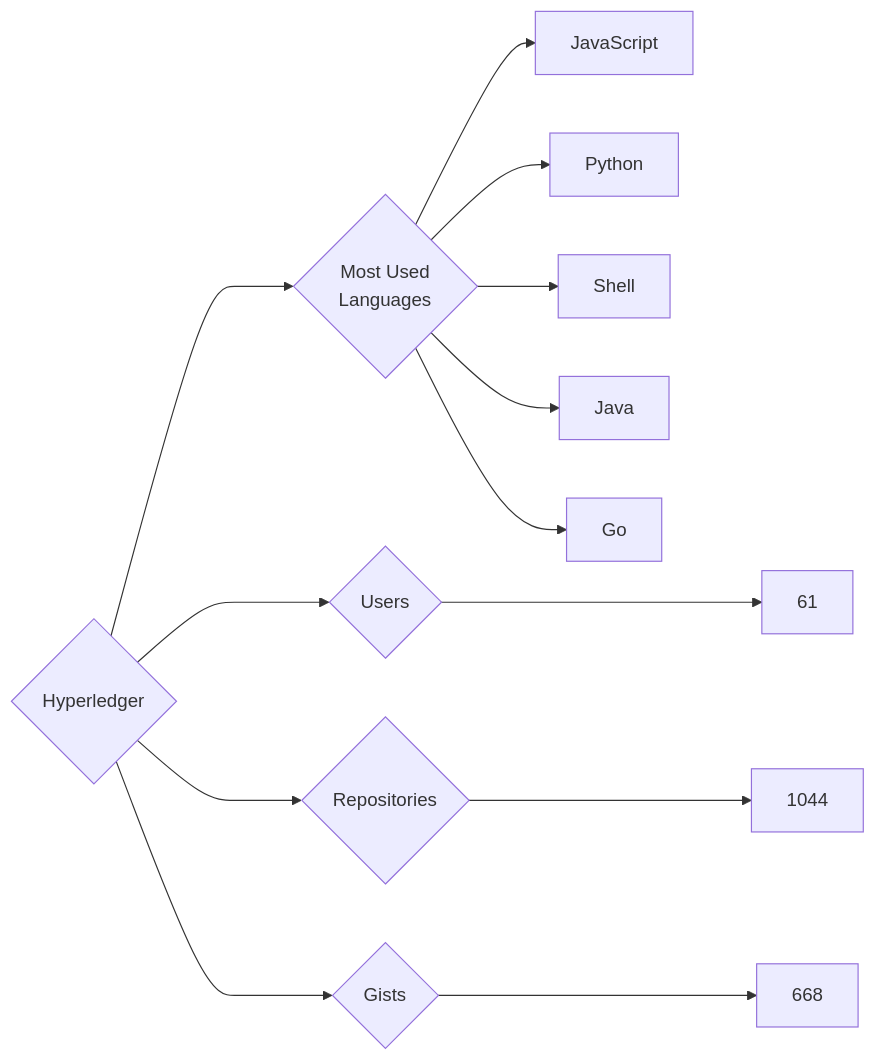
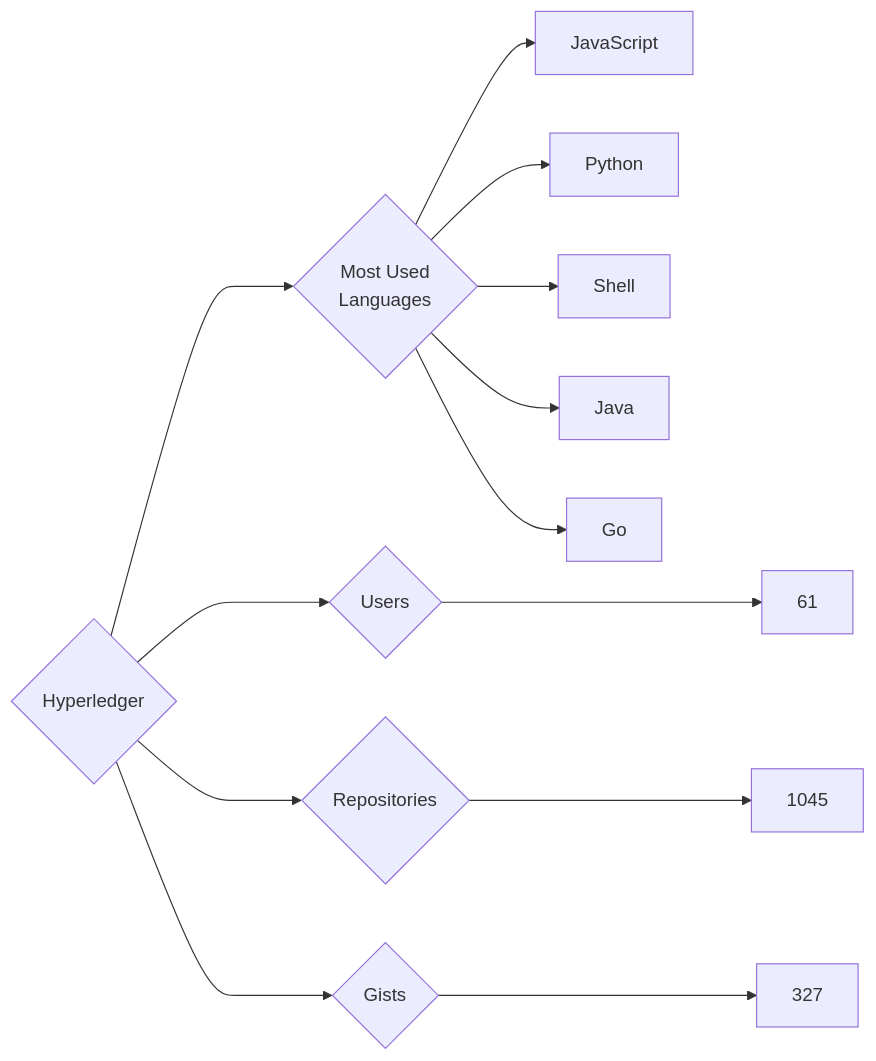
The diagram in targets/Hyperledger/README.md (trickest/insiders), drawn with Mermaid before and after one commit. The commit also changed 749 other files, not shown here.

````diff
--- a/targets/Hyperledger/README.md
+++ b/targets/Hyperledger/README.md
@@ -3,13 +3,13 @@
 ```mermaid
 graph LR
 COMPANY_NAME{Hyperledger}
 COMPANY_NAME ---> U{Users} ---> UN[61]
-COMPANY_NAME ---> R{Repositories} ---> RN[1044]
-COMPANY_NAME ---> G{Gists} ---> GN[668]
+COMPANY_NAME ---> R{Repositories} ---> RN[1045]
+COMPANY_NAME ---> G{Gists} ---> GN[327]
 COMPANY_NAME ---> ML{Most Used<br>Languages}
 ML --> JavaScript[JavaScript]
 ML --> Python[Python]
 ML --> Shell[Shell]
 ML --> Java[Java]
 ML --> Go[Go]
 ```
````
